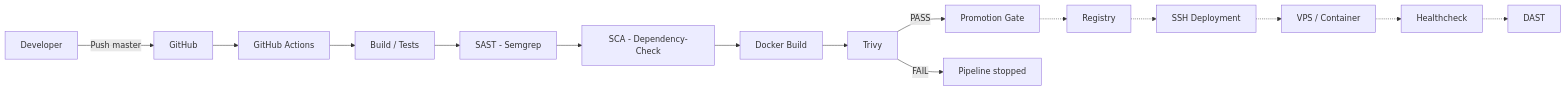
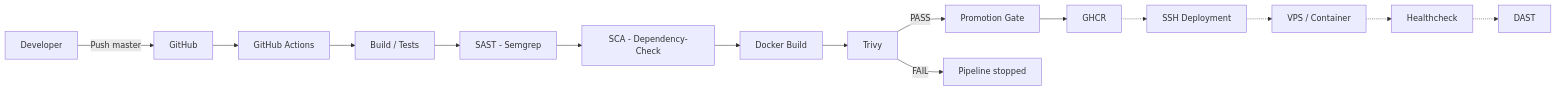
One commit to idriss-eliguene/test-technique-africfinance changed the diagram in README.md. Above: the diagram before and after it, drawn with Mermaid. The commit also changed other lines of this file and 2 other files, not shown here.

Commit message:
ci: publier l'image validée dans GHCR

````diff
--- a/README.md
+++ b/README.md
@@ -29,17 +28,17 @@
 ```mermaid
 flowchart LR
     DEV[Developer] -->|Push master| GH[GitHub]
     GH --> CI[GitHub Actions]
     CI --> TEST[Build / Tests]
     TEST --> SAST[SAST - Semgrep]
     SAST --> SCA[SCA - Dependency-Check]
     SCA --> BUILD[Docker Build]
     BUILD --> TRIVY[Trivy]
     TRIVY -->|PASS| GATE[Promotion Gate]
     TRIVY -->|FAIL| STOP[Pipeline stopped]
-    GATE -.-> REG[Registry]
+    GATE --> REG[GHCR]
     REG -.-> SSH[SSH Deployment]
     SSH -.-> VPS[VPS / Container]
     VPS -.-> HC[Healthcheck]
     HC -.-> DAST[DAST]
 ```
````
